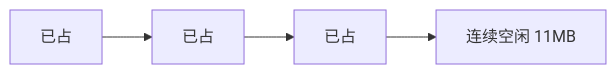
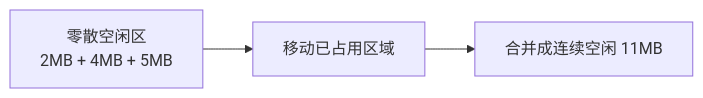
The fourth of 13 diagrams in 01_综合知识/01_计算机基础知识/02_操作系统/存储管理.md (74262195/system-architect-notes), drawn with Mermaid before and after one commit. The commit also changed other lines of this file, not shown here.

Commit message:
docs: polish memory diagrams and remove duplication

````diff
--- a/01_综合知识/01_计算机基础知识/02_操作系统/存储管理.md
+++ b/01_综合知识/01_计算机基础知识/02_操作系统/存储管理.md
@@ -136,4 +125,5 @@
 ```mermaid
 flowchart LR
-  A[已占] --> B[已占] --> C[已占] --> D[连续空闲 11MB]
+  A[零散空闲区<br/>2MB + 4MB + 5MB] --> B[移动已占用区域]
+  B --> C[合并成连续空闲 11MB]
 ```
````
